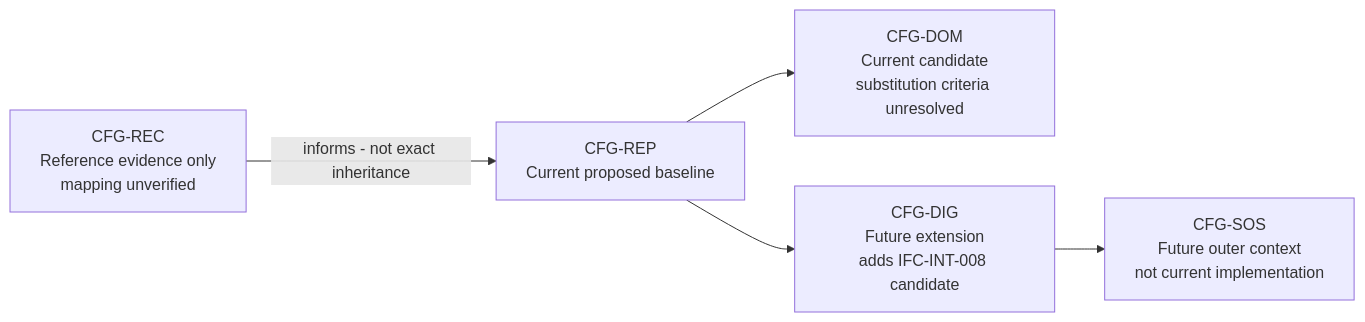
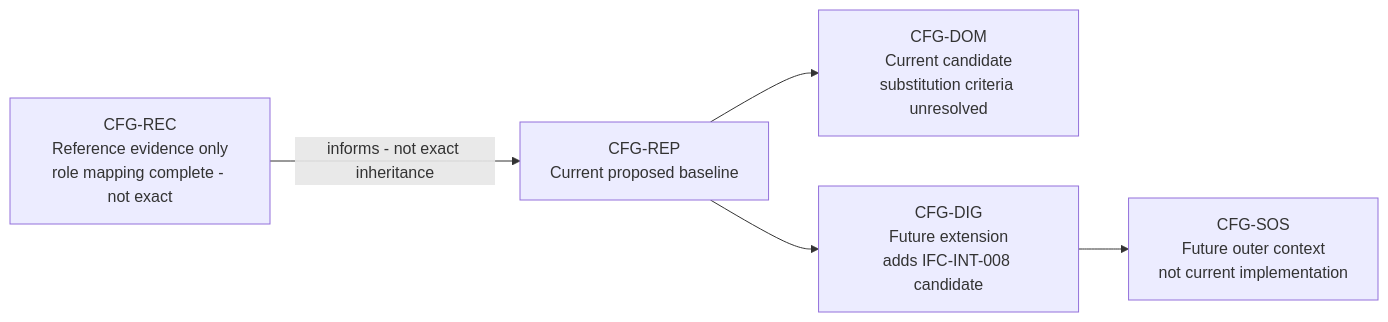
The first of 13 diagrams in architecture.md (noahstephenson/low-cost-relay-uas), drawn with Mermaid before and after one commit. The commit also changed other lines of this file and 11 other files, not shown here.

Commit message:
Record internal architecture verification baseline

````diff
--- a/architecture.md
+++ b/architecture.md
@@ -29,8 +29,8 @@
 ```mermaid
 flowchart LR
     %% Configuration scope: CFG-REC / CFG-REP / CFG-DOM / CFG-DIG / CFG-SOS
-    CFG_REC["CFG-REC<br/>Reference evidence only<br/>mapping unverified"] -->|"informs - not exact inheritance"| CFG_REP["CFG-REP<br/>Current proposed baseline"]
+    CFG_REC["CFG-REC<br/>Reference evidence only<br/>role mapping complete - not exact"] -->|"informs - not exact inheritance"| CFG_REP["CFG-REP<br/>Current proposed baseline"]
     CFG_REP --> CFG_DOM["CFG-DOM<br/>Current candidate<br/>substitution criteria unresolved"]
     CFG_REP --> CFG_DIG["CFG-DIG<br/>Future extension<br/>adds IFC-INT-008 candidate"]
     CFG_DIG --> CFG_SOS["CFG-SOS<br/>Future outer context<br/>not current implementation"]
 ```
````
